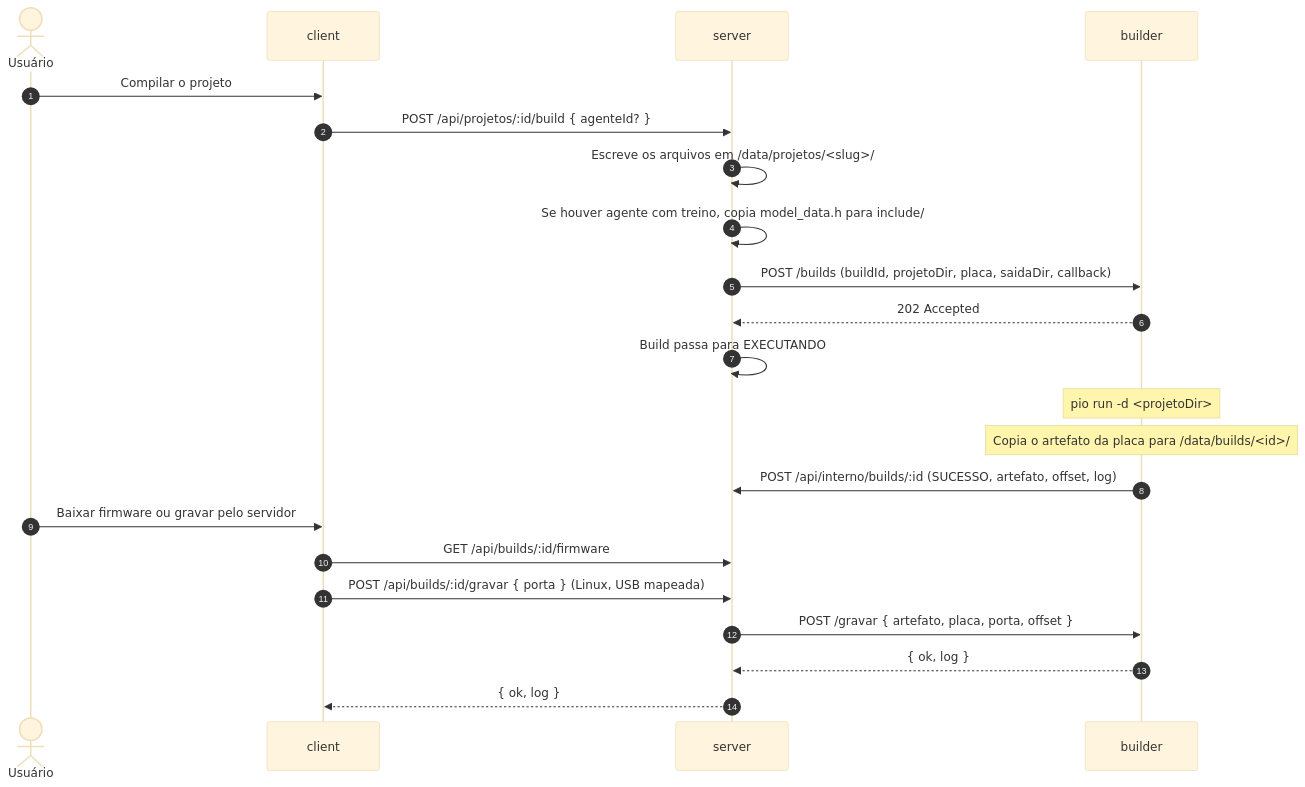
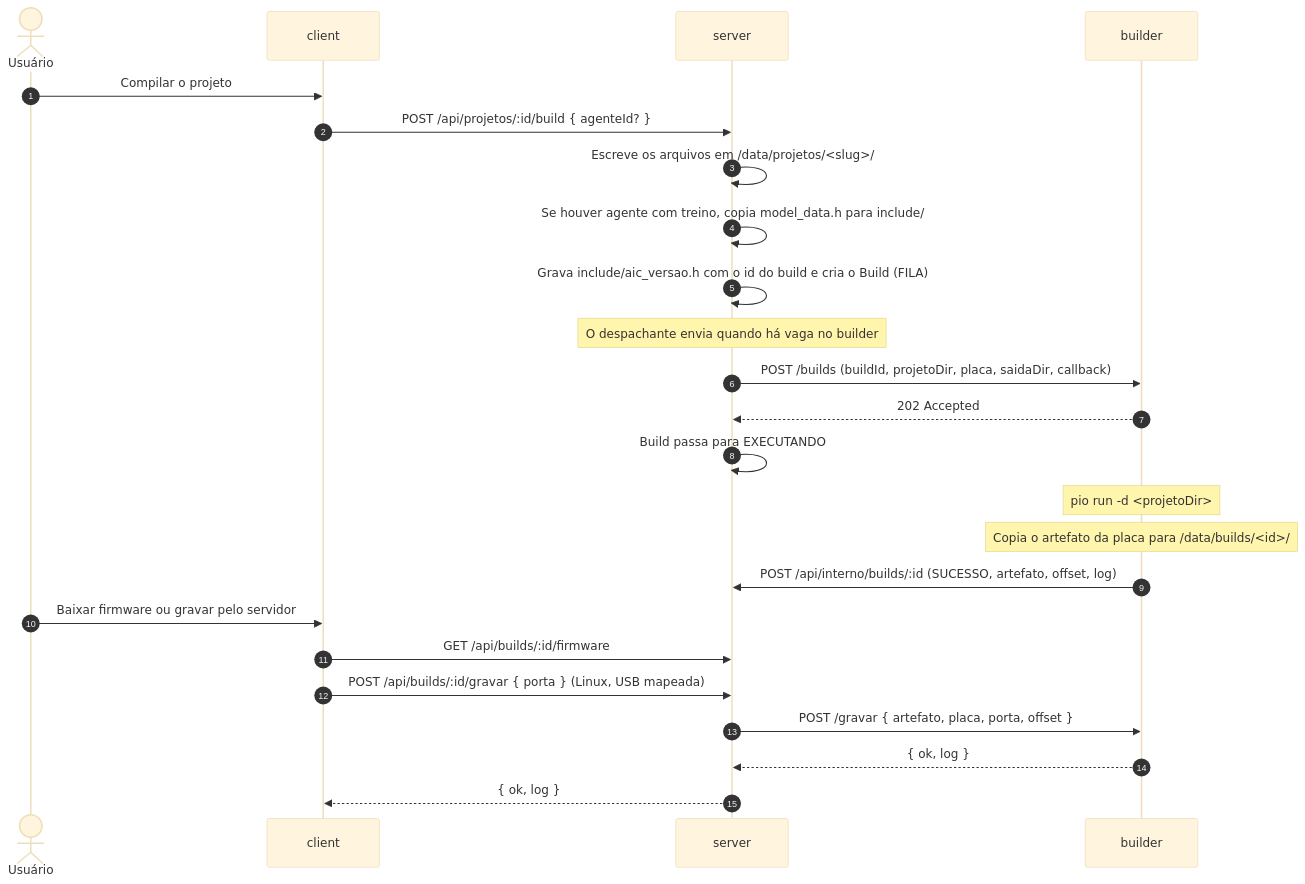
One commit to marco3079/ai-creator changed the third of 7 diagrams in docs/ARQUITETURA.md. Above: the diagram before and after it, drawn with Mermaid (base theme). The commit also changed other lines of this file and 51 other files, not shown here.

````diff
--- a/docs/ARQUITETURA.md
+++ b/docs/ARQUITETURA.md
@@ -115,24 +125,26 @@
 ```mermaid
 sequenceDiagram
   autonumber
   actor U as Usuário
   participant C as client
   participant S as server
   participant B as builder
   U->>C: Compilar o projeto
   C->>S: POST /api/projetos/:id/build { agenteId? }
   S->>S: Escreve os arquivos em /data/projetos/<slug>/
   S->>S: Se houver agente com treino, copia model_data.h para include/
+  S->>S: Grava include/aic_versao.h com o id do build e cria o Build (FILA)
+  Note over S: O despachante envia quando há vaga no builder
   S->>B: POST /builds (buildId, projetoDir, placa, saidaDir, callback)
   B-->>S: 202 Accepted
   S->>S: Build passa para EXECUTANDO
   Note over B: pio run -d <projetoDir>
   Note over B: Copia o artefato da placa para /data/builds/<id>/
   B->>S: POST /api/interno/builds/:id (SUCESSO, artefato, offset, log)
   U->>C: Baixar firmware ou gravar pelo servidor
   C->>S: GET /api/builds/:id/firmware
   C->>S: POST /api/builds/:id/gravar { porta } (Linux, USB mapeada)
   S->>B: POST /gravar { artefato, placa, porta, offset }
   B-->>S: { ok, log }
   S-->>C: { ok, log }
 ```
````
